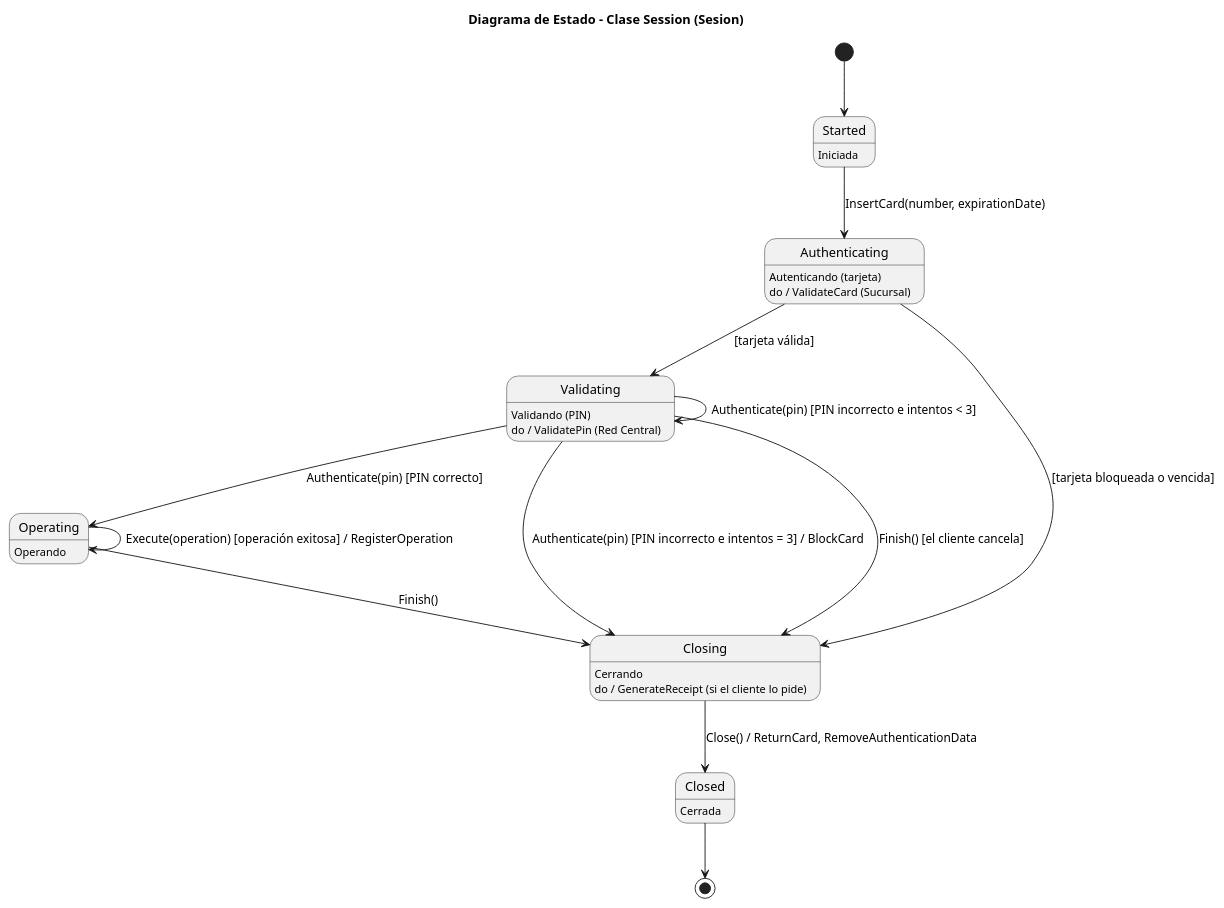
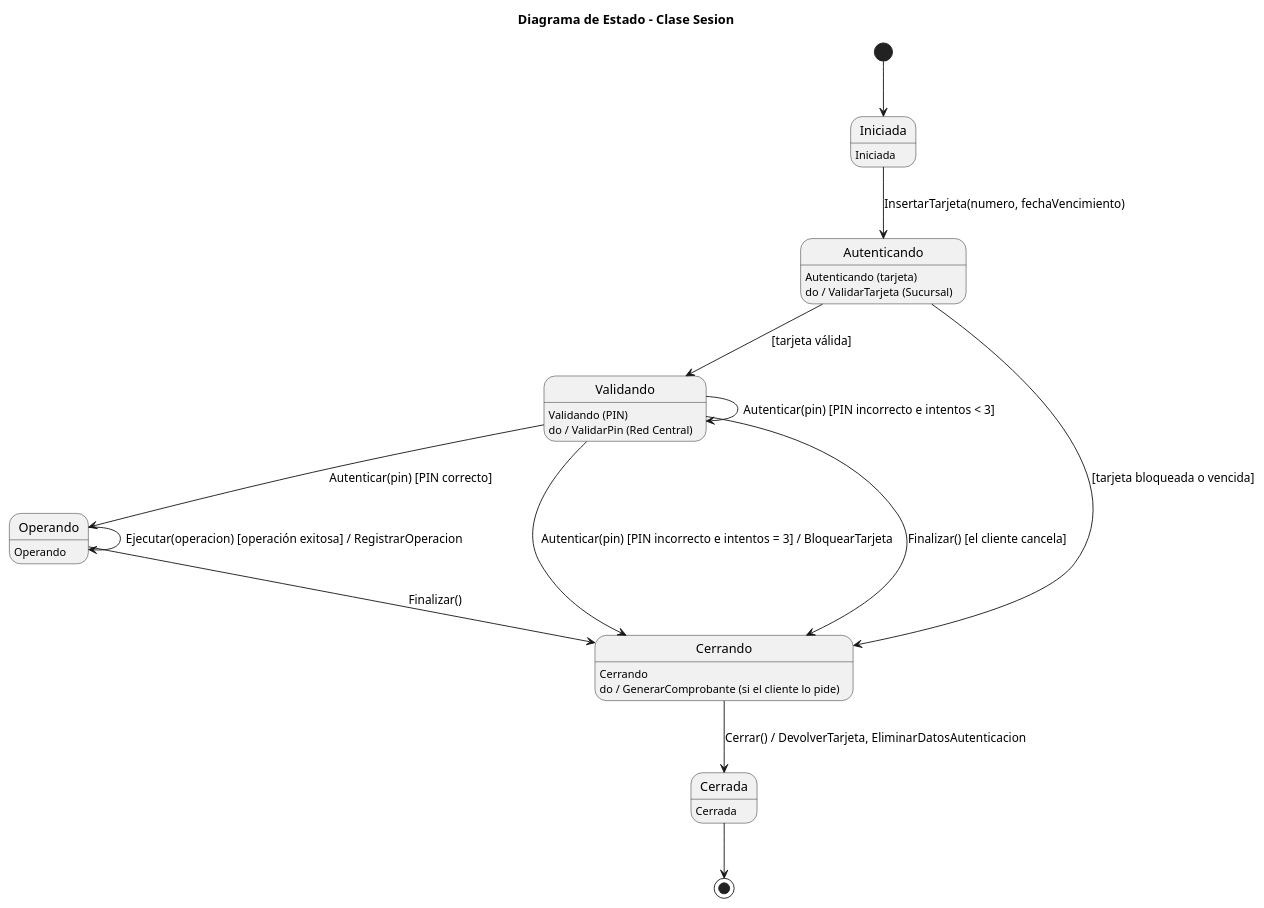
Before and after one commit to 4l3j0Ok/institute-third-year: the diagram in diseno-e-implementacion-de-sistemas/trabajo-integrador/diagrams/07_estado_sesion.puml, drawn with PlantUML. The commit also changed 55 other files, not shown here.

```diff
--- a/diseno-e-implementacion-de-sistemas/trabajo-integrador/diagrams/07_estado_sesion.puml
+++ b/diseno-e-implementacion-de-sistemas/trabajo-integrador/diagrams/07_estado_sesion.puml
@@ -1,27 +1,27 @@
 @startuml 07_estado_sesion
-title Diagrama de Estado - Clase Session (Sesion)
+title Diagrama de Estado - Clase Sesion
 skinparam shadowing false
 
-state Started : Iniciada
-state Authenticating : Autenticando (tarjeta)
-state Authenticating : do / ValidateCard (Sucursal)
-state Validating : Validando (PIN)
-state Validating : do / ValidatePin (Red Central)
-state Operating : Operando
-state Closing : Cerrando
-state Closing : do / GenerateReceipt (si el cliente lo pide)
-state Closed : Cerrada
+state Iniciada : Iniciada
+state Autenticando : Autenticando (tarjeta)
+state Autenticando : do / ValidarTarjeta (Sucursal)
+state Validando : Validando (PIN)
+state Validando : do / ValidarPin (Red Central)
+state Operando : Operando
+state Cerrando : Cerrando
+state Cerrando : do / GenerarComprobante (si el cliente lo pide)
+state Cerrada : Cerrada
 
-[*] --> Started
-Started --> Authenticating : InsertCard(number, expirationDate)
-Authenticating --> Validating : [tarjeta válida]
-Authenticating --> Closing : [tarjeta bloqueada o vencida]
-Validating --> Operating : Authenticate(pin) [PIN correcto]
-Validating --> Validating : Authenticate(pin) [PIN incorrecto e intentos < 3]
-Validating --> Closing : Authenticate(pin) [PIN incorrecto e intentos = 3] / BlockCard
-Validating --> Closing : Finish() [el cliente cancela]
-Operating --> Operating : Execute(operation) [operación exitosa] / RegisterOperation
-Operating --> Closing : Finish()
-Closing --> Closed : Close() / ReturnCard, RemoveAuthenticationData
-Closed --> [*]
+[*] --> Iniciada
+Iniciada --> Autenticando : InsertarTarjeta(numero, fechaVencimiento)
+Autenticando --> Validando : [tarjeta válida]
+Autenticando --> Cerrando : [tarjeta bloqueada o vencida]
+Validando --> Operando : Autenticar(pin) [PIN correcto]
+Validando --> Validando : Autenticar(pin) [PIN incorrecto e intentos < 3]
+Validando --> Cerrando : Autenticar(pin) [PIN incorrecto e intentos = 3] / BloquearTarjeta
+Validando --> Cerrando : Finalizar() [el cliente cancela]
+Operando --> Operando : Ejecutar(operacion) [operación exitosa] / RegistrarOperacion
+Operando --> Cerrando : Finalizar()
+Cerrando --> Cerrada : Cerrar() / DevolverTarjeta, EliminarDatosAutenticacion
+Cerrada --> [*]
 @enduml
```
